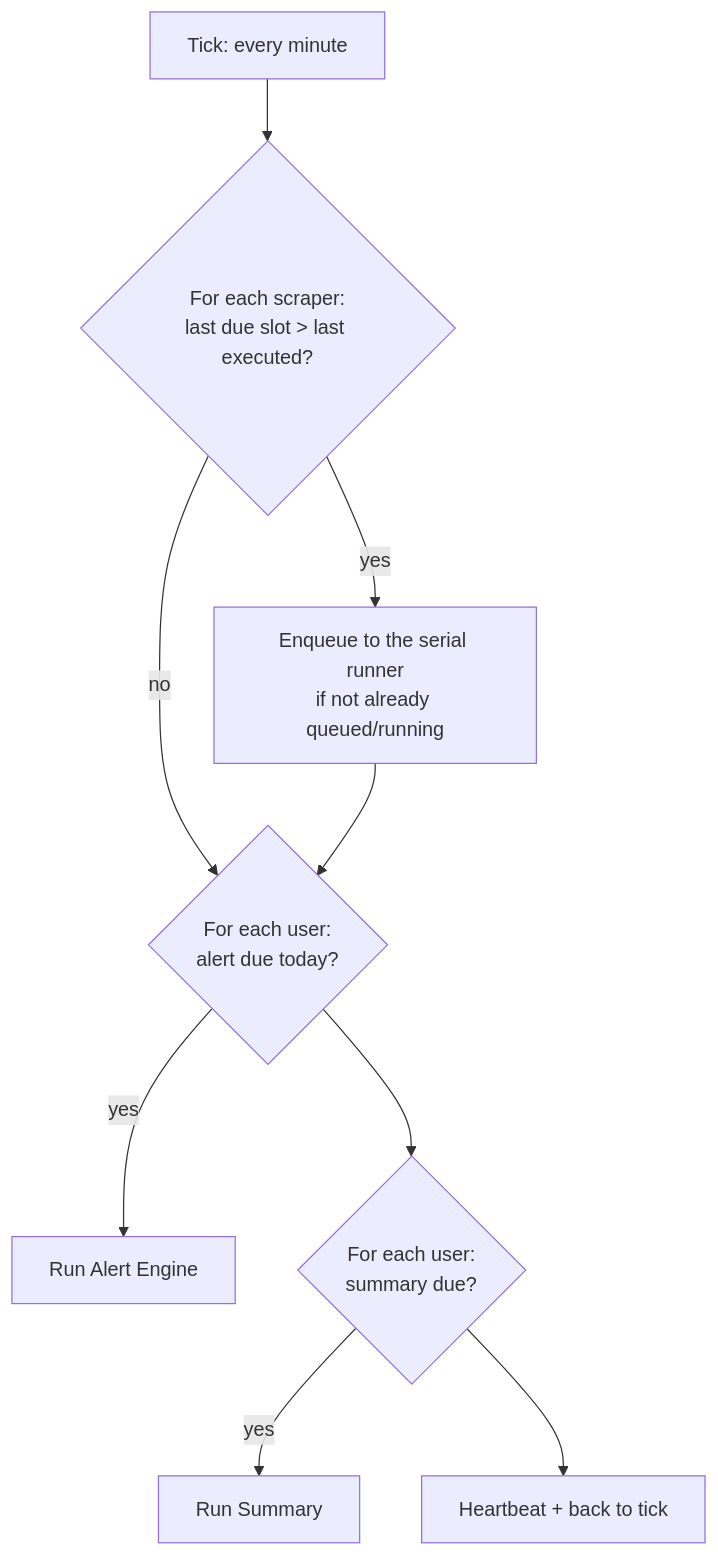
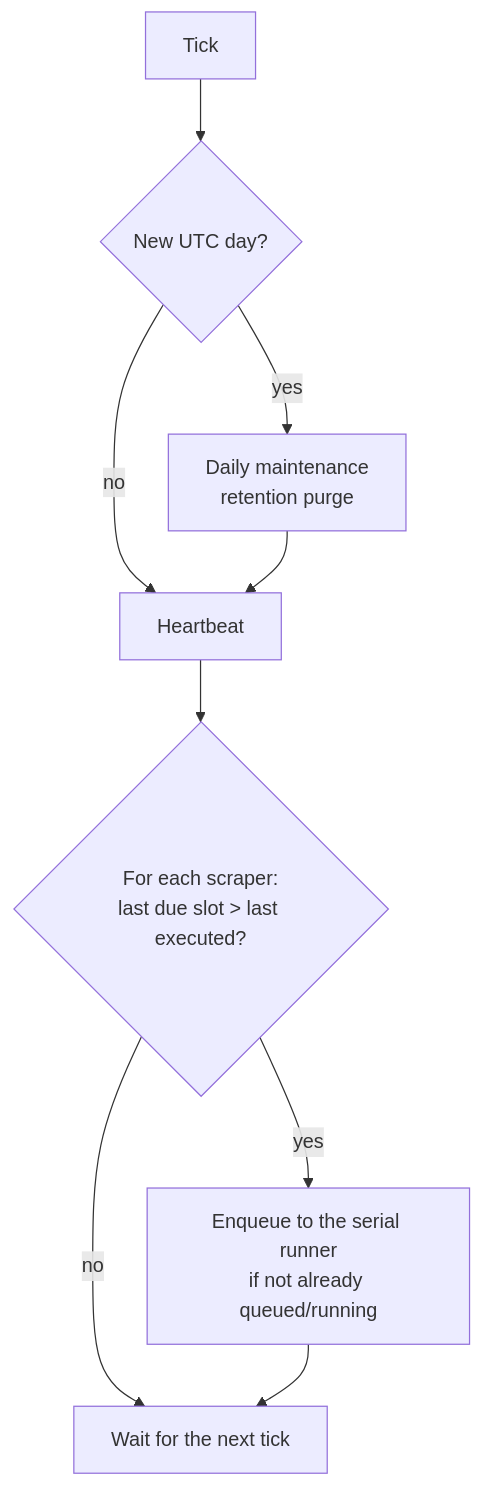
Before and after one commit to caporalesimone/watch-em-all: the first of 3 diagrams in docs/2-architecture/scheduling-and-execution.md, drawn with Mermaid. The commit also changed other lines of this file and 9 other files, not shown here.

First line of the commit message:
docs(6): migrate 2-architecture docs to English

````diff
--- a/docs/2-architecture/scheduling-and-execution.md
+++ b/docs/2-architecture/scheduling-and-execution.md
@@ -19,11 +21,11 @@
 ```mermaid
 flowchart TD
-    T[Tick: every minute] --> S{For each scraper:<br/>last due slot > last executed?}
+    T[Tick] --> M{New UTC day?}
+    M -- yes --> DM[Daily maintenance<br/>retention purge]
+    M -- no --> HB
+    DM --> HB[Heartbeat]
+    HB --> S{For each scraper:<br/>last due slot > last executed?}
     S -- yes --> RUN[Enqueue to the serial runner<br/>if not already queued/running]
-    S -- no --> A
-    RUN --> A{For each user:<br/>alert due today?}
-    A -- yes --> AE[Run Alert Engine]
-    A --> SU{For each user:<br/>summary due?}
-    SU -- yes --> SM[Run Summary]
-    SU --> HB[Heartbeat + back to tick]
+    S -- no --> W[Wait for the next tick]
+    RUN --> W
 ```
````
